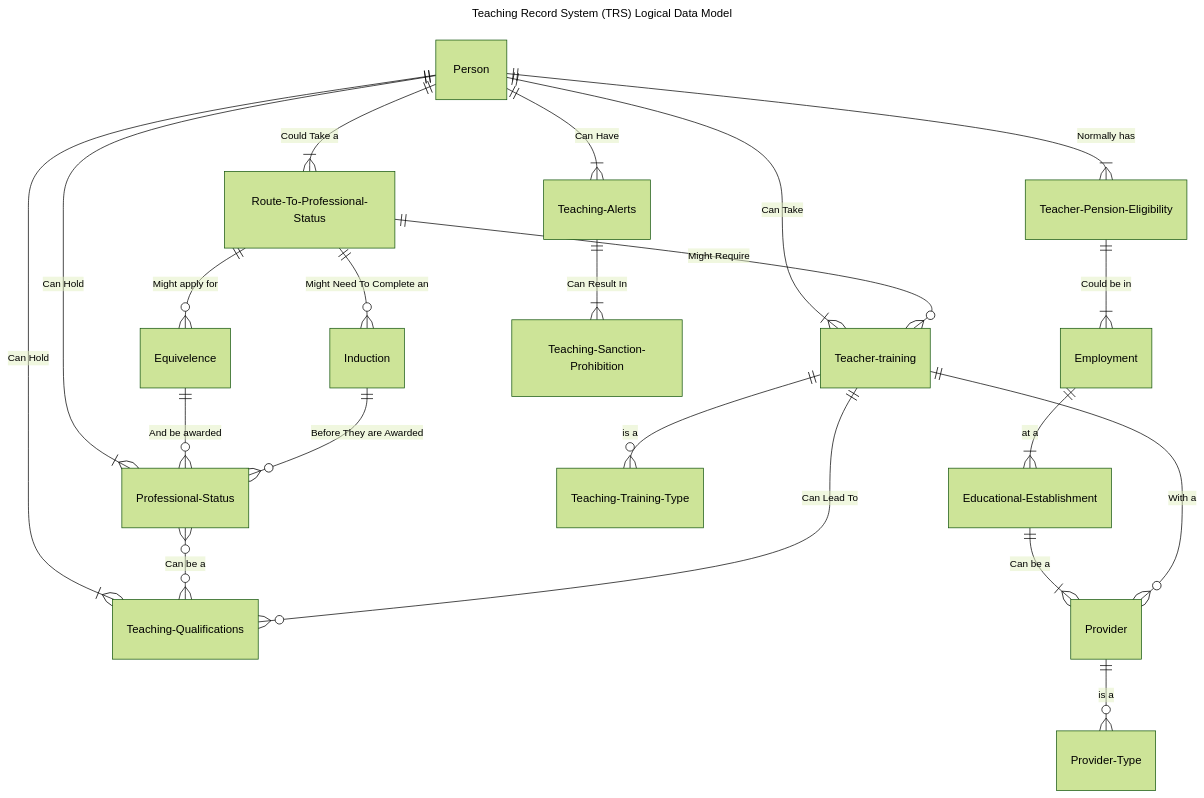
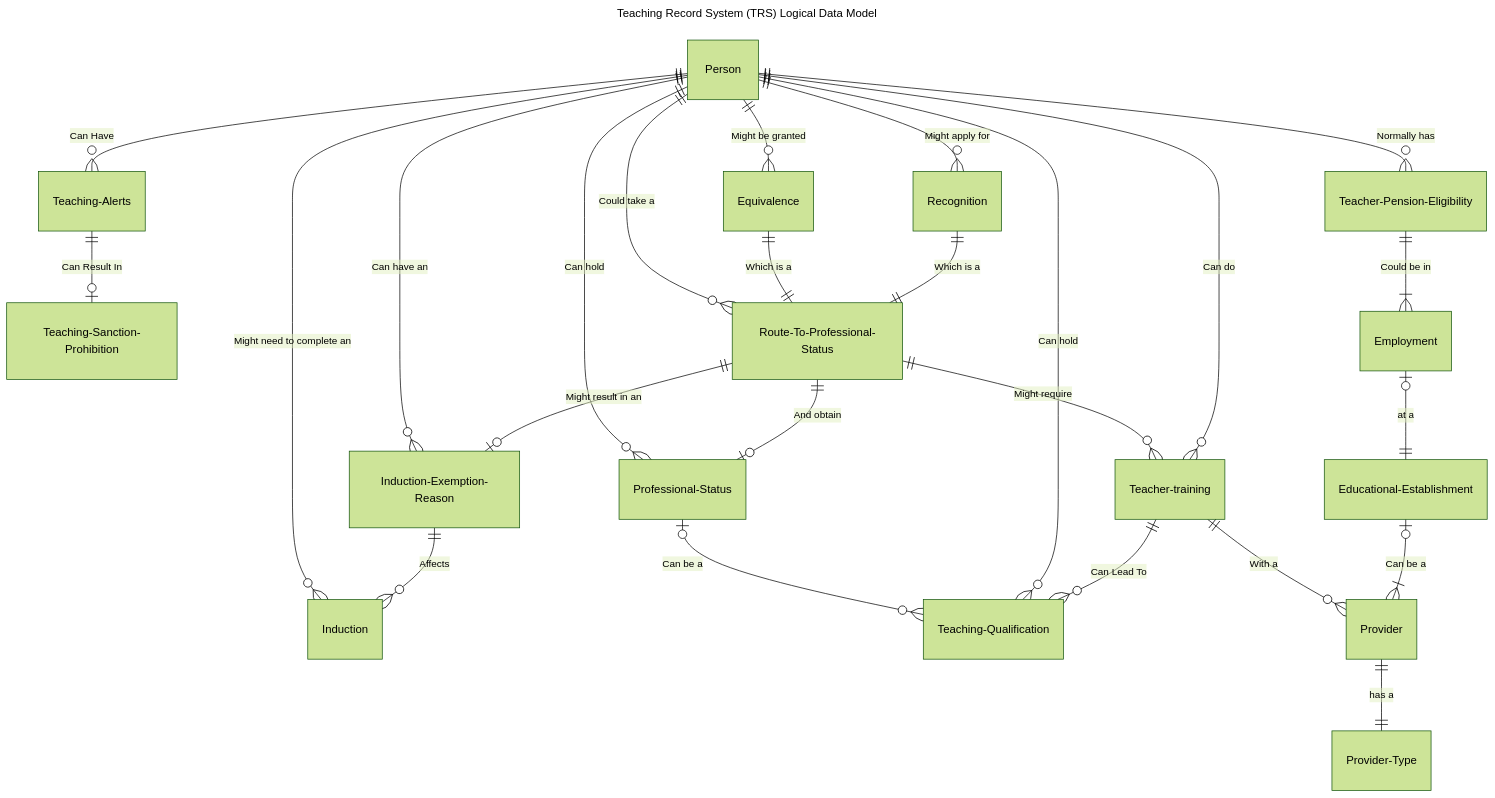
Before and after one commit to DFE-Digital/teaching-record-system: the diagram in docs/logical-data-model.md, drawn with Mermaid (forest theme). The commit also changed other lines of this file, not shown here.

````diff
--- a/docs/logical-data-model.md
+++ b/docs/logical-data-model.md
@@ -4,26 +5,51 @@
 ```mermaid
 ---
 title: Teaching Record System (TRS) Logical Data Model
+id: 76caafdd-b8c0-4da8-a61a-77ae82c070ef
 ---
 erDiagram
-  Person ||--|{ Professional-Status : "Can Hold"
-  Person ||--|{ Route-To-Professional-Status : "Could Take a"
-  Person ||--|{ Teaching-Qualifications : "Can Hold"
-  Person ||--|{ Teacher-training : "Can Take"
-  Person ||--|{ Teacher-Pension-Eligibility : "Normally has"
+
+  Person ||--o{ Teaching-Alerts : "Can Have"
+  Teaching-Alerts ||--o| Teaching-Sanction-Prohibition : "Can Result In"
+
+
+  Induction-Exemption-Reason||--o{ Induction : "Affects"
+
+  Route-To-Professional-Status ||--o| Induction-Exemption-Reason : "Might result in an"
+  Person ||--o{ Induction-Exemption-Reason : "Can have an"
+  Person ||--o{ Induction : "Might need to complete an"
+
+
+
+  Person ||--o{ Teacher-training : "Can do"
+  Route-To-Professional-Status ||--o{ Teacher-training : "Might require"
+
+
+  Person ||--o{ Recognition : "Might apply for"
+  Recognition ||--|| Route-To-Professional-Status : "Which is a"
+
+  Person ||--o{ Equivalence : "Might be granted"
+  Equivalence ||--|| Route-To-Professional-Status : "Which is a"
+
+  Teacher-training ||--o{ Teaching-Qualification : "Can Lead To"
+
+  Person ||--o{ Teaching-Qualification : "Can hold"
+  Professional-Status |o--o{ Teaching-Qualification  : "Can be a"
+
+
+  Person ||--o{ Route-To-Professional-Status : "Could take a"
+  Route-To-Professional-Status ||--o| Professional-Status : "And obtain"
+  Person ||--o{ Professional-Status : "Can hold"
+
+
+
+  Person ||--o{ Teacher-Pension-Eligibility : "Normally has"
   Teacher-Pension-Eligibility ||--|{ Employment : "Could be in"
-  Employment ||--|{ Educational-Establishment : "at a"
-  Educational-Establishment ||--|{ Provider : "Can be a"
-  Professional-Status }o--o{ Teaching-Qualifications  : "Can be a"
-  Route-To-Professional-Status ||--o{ Teacher-training : "Might Require"
-  Route-To-Professional-Status ||--o{ Induction : "Might Need To Complete an"
-  Route-To-Professional-Status ||--o{ Equivelence : "Might apply for"
-  Equivelence ||--o{ Professional-Status : "And be awarded"
+  Employment o|--|| Educational-Establishment : "at a"
+  Educational-Establishment o|--|{ Provider : "Can be a"
+  Provider ||--|| Provider-Type : "has a"
+
   Teacher-training ||--o{ Provider : "With a"
-  Induction||--o{ Professional-Status : "Before They are Awarded"
-  Teacher-training ||--o{ Teaching-Qualifications : "Can Lead To"
-  Teacher-training ||--o{ Teaching-Training-Type : "is a"
-  Provider ||--o{ Provider-Type : "is a"
-  Person ||--|{ Teaching-Alerts : "Can Have"
-  Teaching-Alerts ||--|{ Teaching-Sanction-Prohibition : "Can Result In"
+
+
 ```
````
